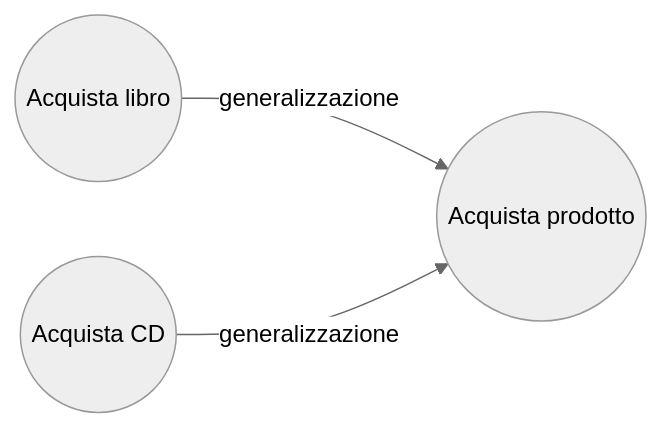
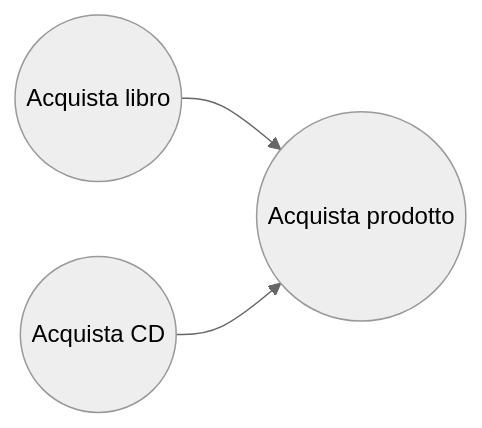
One commit to prof-davidaffo/didattica changed the eighth of 15 diagrams in content/Argomenti/Requisiti e documentazione/Requisiti e documentazione del software.md. Above: the diagram before and after it, drawn with Mermaid (neutral theme). The commit also changed other lines of this file and 7 other files, not shown here.

````diff
--- a/content/Argomenti/Requisiti e documentazione/Requisiti e documentazione del software.md
+++ b/content/Argomenti/Requisiti e documentazione/Requisiti e documentazione del software.md
@@ -926,9 +937,9 @@
 ```mermaid
 flowchart LR
     U0((Acquista prodotto))
     U1((Acquista libro))
     U2((Acquista CD))
 
-    U1 -->|generalizzazione| U0
-    U2 -->|generalizzazione| U0
+    U1 --> U0
+    U2 --> U0
 ```
````
